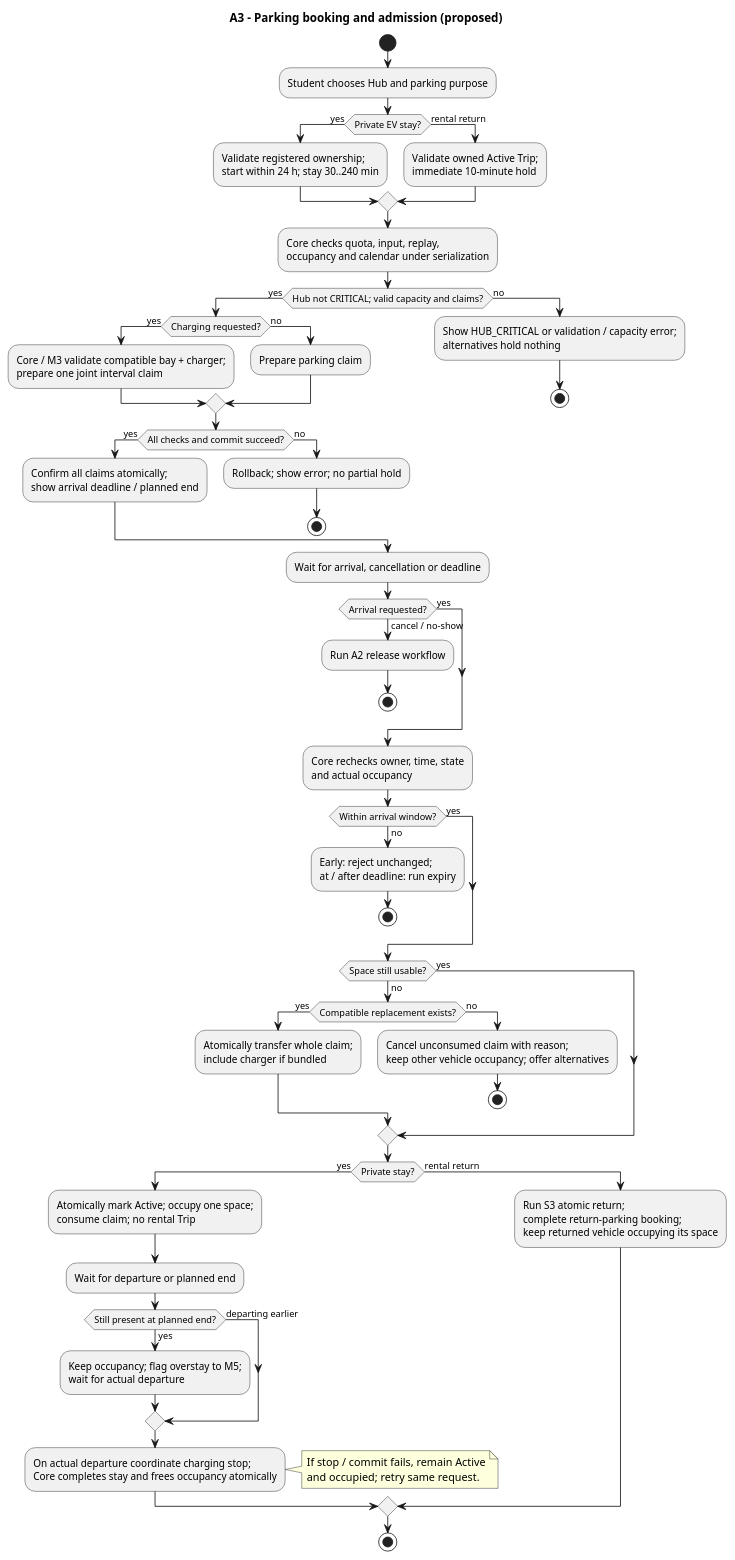
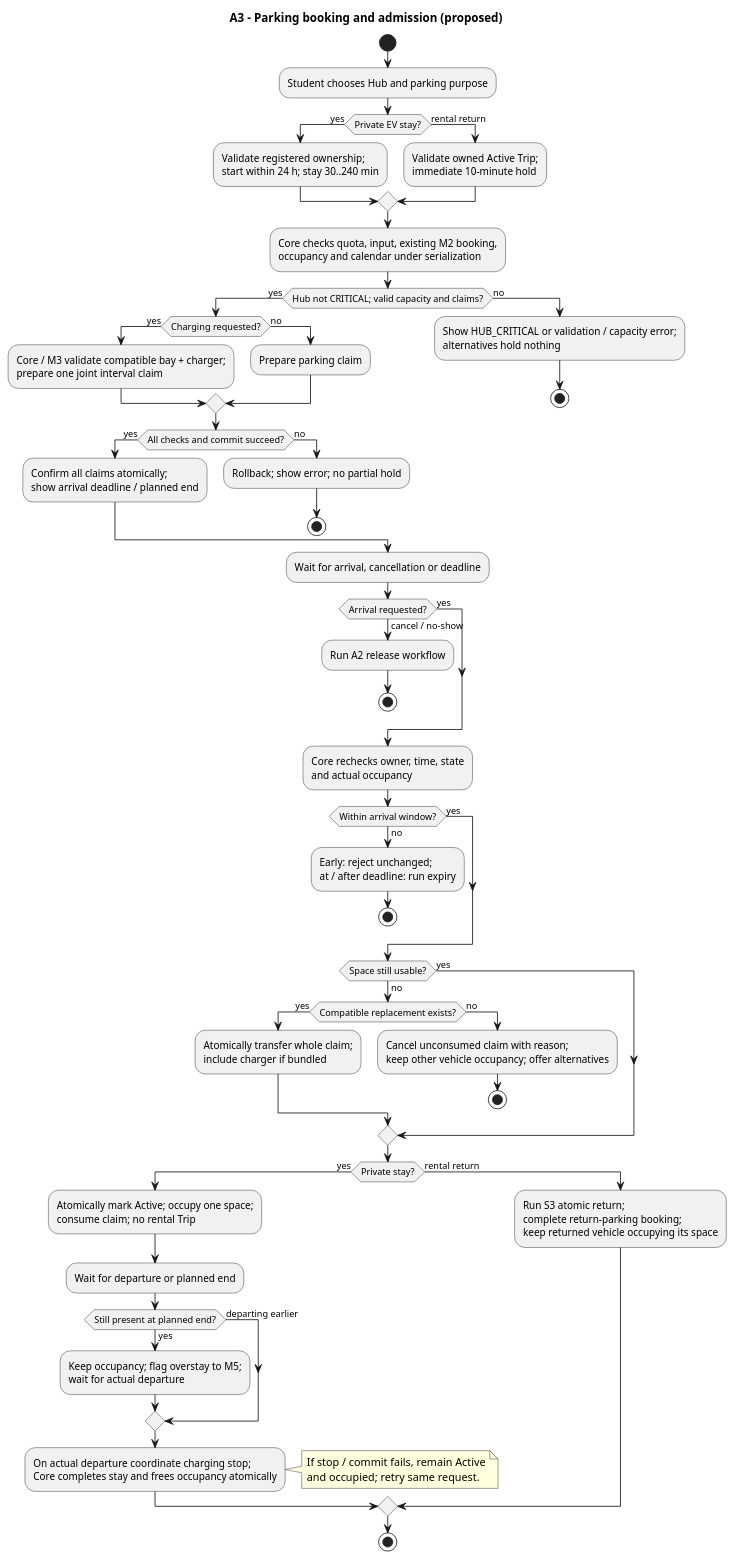
Before and after one commit to MabC06/smart-e-mobility-hub: the diagram in docs/design/behavioral/reservation-diagrams/a3-parking.puml, drawn with PlantUML. The commit also changed 14 other files, not shown here.

```diff
--- a/docs/design/behavioral/reservation-diagrams/a3-parking.puml
+++ b/docs/design/behavioral/reservation-diagrams/a3-parking.puml
@@ -1,66 +1,66 @@
 @startuml
 title A3 - Parking booking and admission (proposed)
 skinparam shadowing false
 skinparam defaultFontName Arial
 start
 :Student chooses Hub and parking purpose;
 if (Private EV stay?) then (yes)
   :Validate registered ownership;\nstart within 24 h; stay 30..240 min;
 else (rental return)
   :Validate owned Active Trip;\nimmediate 10-minute hold;
 endif
-:Core checks quota, input, replay,\noccupancy and calendar under serialization;
+:Core checks quota, input, existing M2 booking,\noccupancy and calendar under serialization;
 if (Hub not CRITICAL; valid capacity and claims?) then (yes)
   if (Charging requested?) then (yes)
     :Core / M3 validate compatible bay + charger;\nprepare one joint interval claim;
   else (no)
     :Prepare parking claim;
   endif
   if (All checks and commit succeed?) then (yes)
     :Confirm all claims atomically;\nshow arrival deadline / planned end;
   else (no)
     :Rollback; show error; no partial hold;
     stop
   endif
 else (no)
   :Show HUB_CRITICAL or validation / capacity error;\nalternatives hold nothing;
   stop
 endif
 :Wait for arrival, cancellation or deadline;
 if (Arrival requested?) then (yes)
 else (cancel / no-show)
   :Run A2 release workflow;
   stop
 endif
 :Core rechecks owner, time, state\nand actual occupancy;
 if (Within arrival window?) then (yes)
 else (no)
   :Early: reject unchanged;\nat / after deadline: run expiry;
   stop
 endif
 if (Space still usable?) then (yes)
 else (no)
   if (Compatible replacement exists?) then (yes)
     :Atomically transfer whole claim;\ninclude charger if bundled;
   else (no)
     :Cancel unconsumed claim with reason;\nkeep other vehicle occupancy; offer alternatives;
     stop
   endif
 endif
 if (Private stay?) then (yes)
   :Atomically mark Active; occupy one space;\nconsume claim; no rental Trip;
   :Wait for departure or planned end;
   if (Still present at planned end?) then (yes)
     :Keep occupancy; flag overstay to M5;\nwait for actual departure;
   else (departing earlier)
   endif
   :On actual departure coordinate charging stop;\nCore completes stay and frees occupancy atomically;
   note right
     If stop / commit fails, remain Active
     and occupied; retry same request.
   end note
 else (rental return)
   :Run S3 atomic return;\ncomplete return-parking booking;\nkeep returned vehicle occupying its space;
 endif
 stop
 @enduml
```
